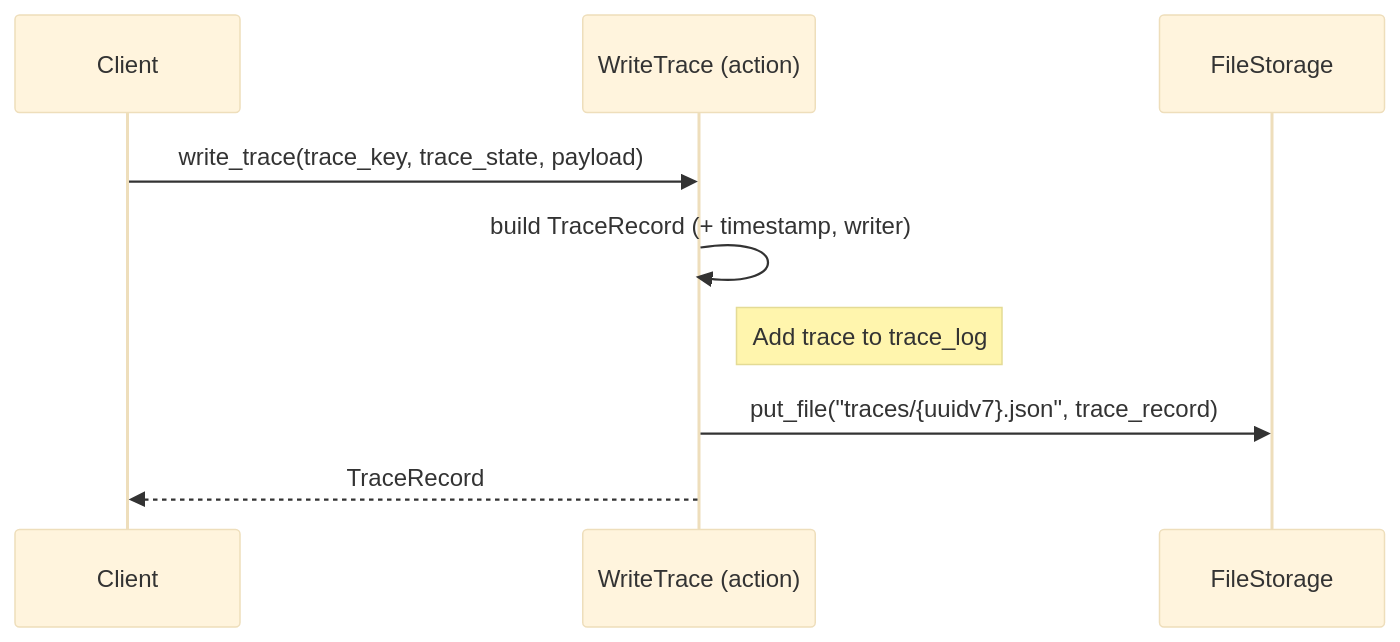
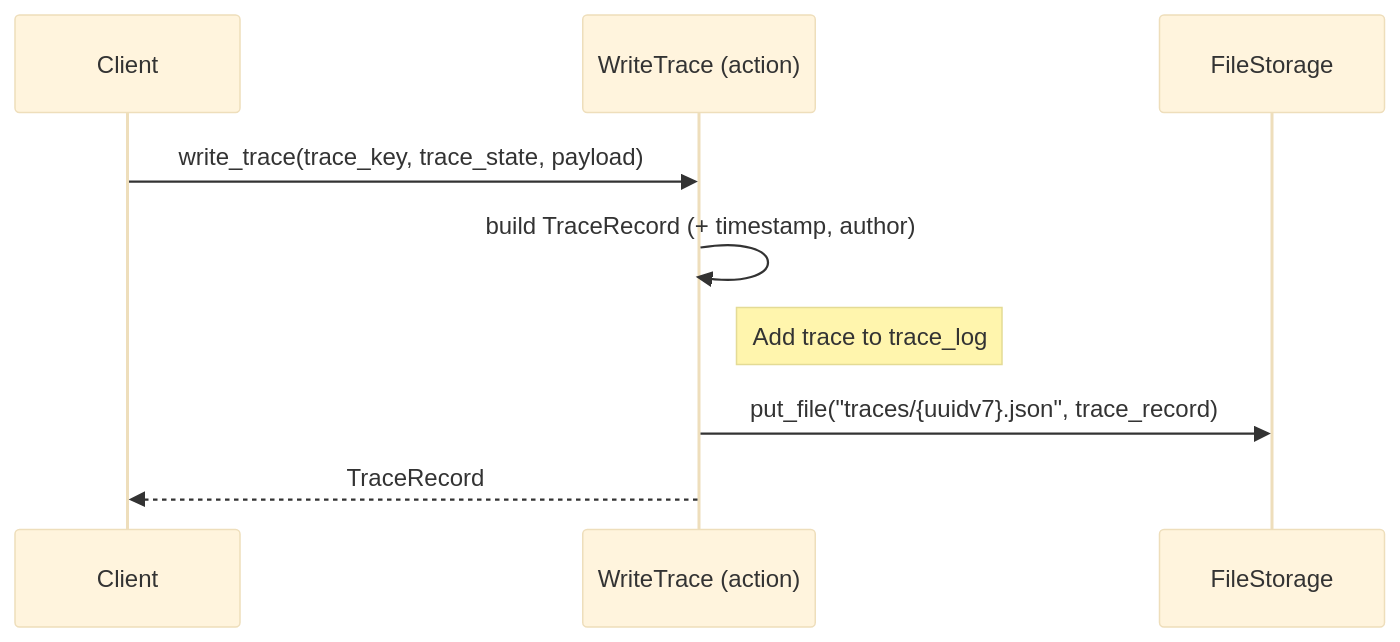
Before and after one commit to mnieber/woodstock: the diagram in libs/woodstock_sdk/python/docs/spec/scenarios/ms2_a_client_writes_a_simple_trace.md, drawn with Mermaid (base theme). The commit also changed other lines of this file and 19 other files, not shown here.

````diff
--- a/libs/woodstock_sdk/python/docs/spec/scenarios/ms2_a_client_writes_a_simple_trace.md
+++ b/libs/woodstock_sdk/python/docs/spec/scenarios/ms2_a_client_writes_a_simple_trace.md
@@ -41,12 +41,12 @@
 ```mermaid
 sequenceDiagram
     participant Client
     participant WriteTrace as WriteTrace (action)
     participant FileStorage
 
     Client->>WriteTrace: write_trace(trace_key, trace_state, payload)
-    WriteTrace->>WriteTrace: build TraceRecord (+ timestamp, writer)
+    WriteTrace->>WriteTrace: build TraceRecord (+ timestamp, author)
     Note right of WriteTrace: Add trace to trace_log
     WriteTrace->>FileStorage: put_file("traces/{uuidv7}.json", trace_record)
     WriteTrace-->>Client: TraceRecord
 ```
````
